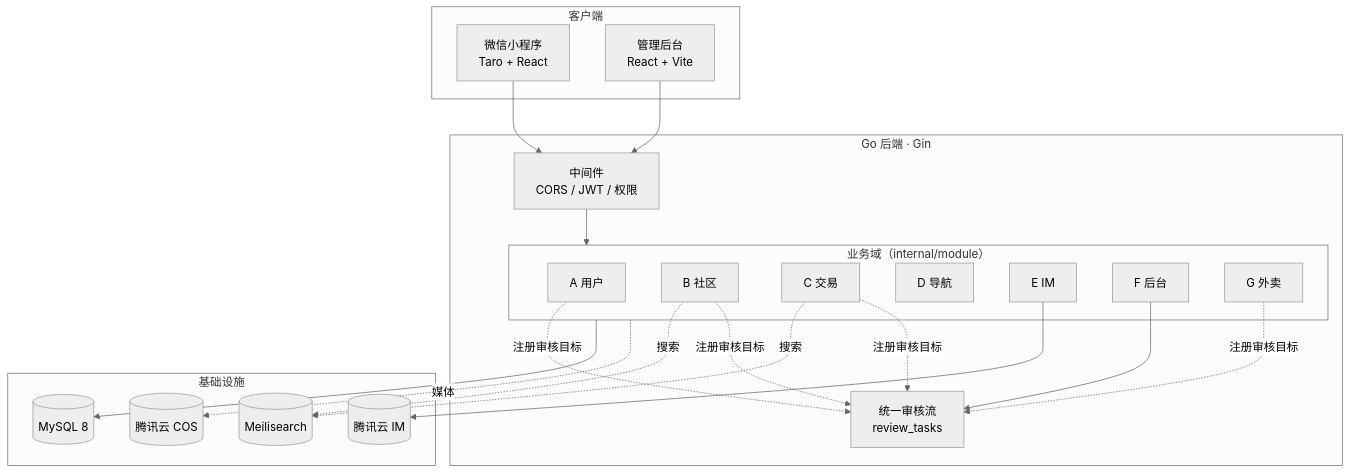
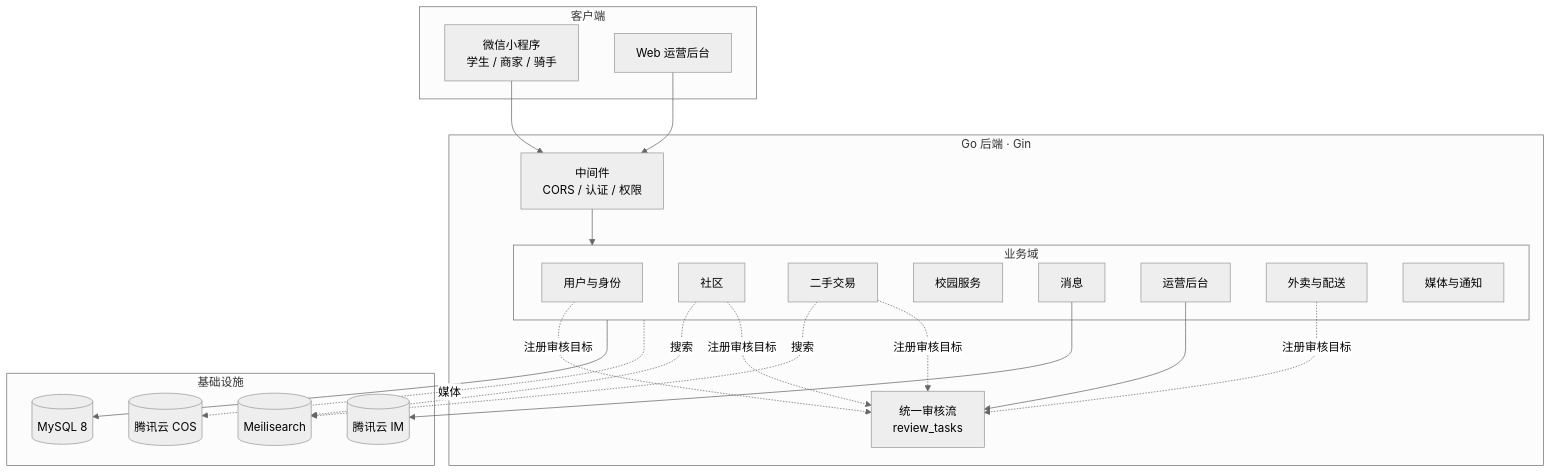
The diagram in README.md (YRZ-GUANGNAN/zhanke-shenghuoquan), drawn with Mermaid (neutral theme) before and after one commit. The commit also changed other lines of this file, not shown here.

````diff
--- a/README.md
+++ b/README.md
@@ -43,39 +85,40 @@
 ```mermaid
 flowchart TB
     subgraph Client["客户端"]
-        MP["微信小程序<br/>Taro + React"]
-        AD["管理后台<br/>React + Vite"]
+        MP["微信小程序<br/>学生 / 商家 / 骑手"]
+        AD["Web 运营后台"]
     end
 
     subgraph Backend["Go 后端 · Gin"]
-        MW["中间件<br/>CORS / JWT / 权限"]
-        subgraph Domains["业务域（internal/module）"]
-            A["A 用户"]
-            B["B 社区"]
-            C["C 交易"]
-            D["D 导航"]
-            E["E IM"]
-            F["F 后台"]
-            G["G 外卖"]
+        MW["中间件<br/>CORS / 认证 / 权限"]
+        subgraph Domains["业务域"]
+            A["用户与身份"]
+            B["社区"]
+            C["二手交易"]
+            D["校园服务"]
+            E["消息"]
+            F["运营后台"]
+            G["外卖与配送"]
+            H["媒体与通知"]
         end
         RV["统一审核流<br/>review_tasks"]
     end
 
     subgraph Infra["基础设施"]
         DB[("MySQL 8")]
         MS[("Meilisearch")]
         COS[("腾讯云 COS")]
         IM[("腾讯云 IM")]
     end
 
     MP --> MW
     AD --> MW
     MW --> Domains
     Domains --> DB
     B -.搜索.-> MS
     C -.搜索.-> MS
     Domains -.媒体.-> COS
     E --> IM
     F --> RV
     A & B & C & G -.注册审核目标.-> RV
 ```
````
